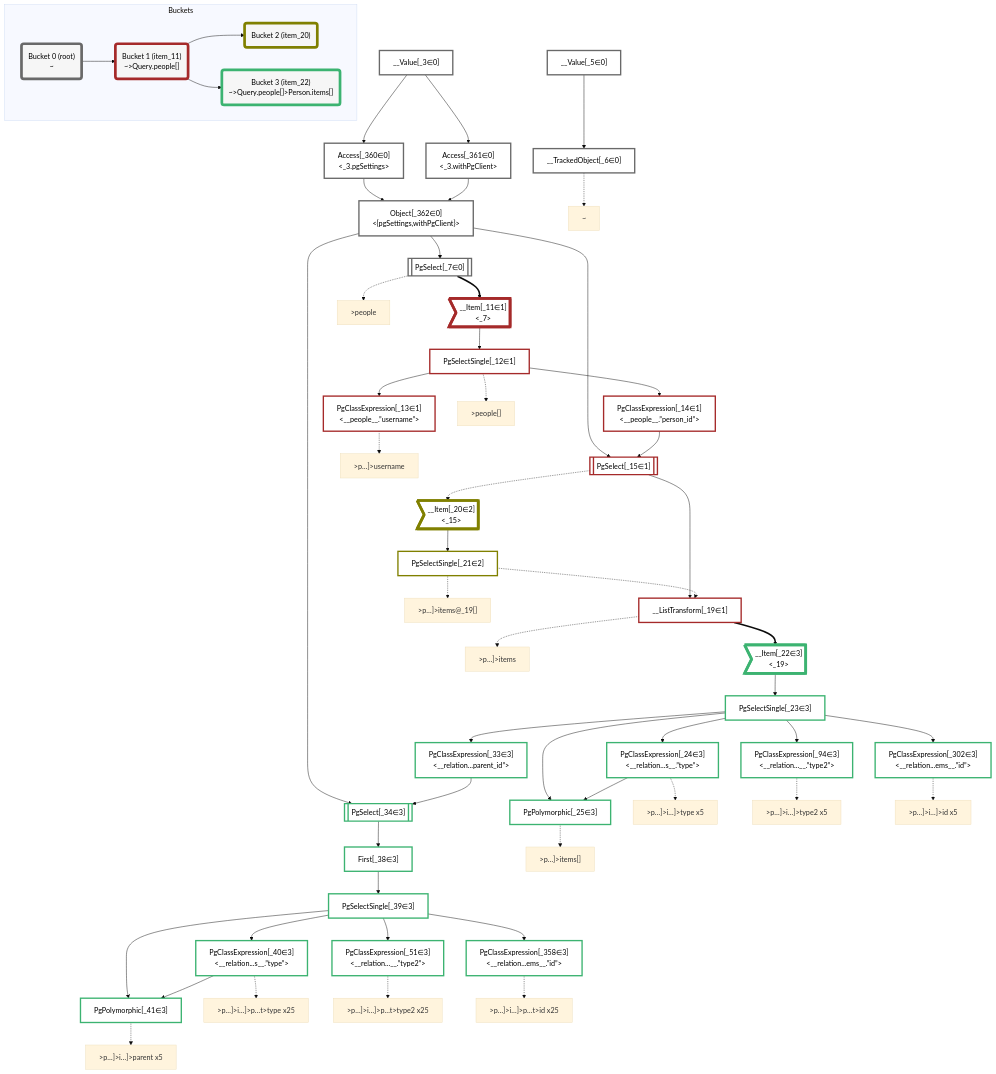
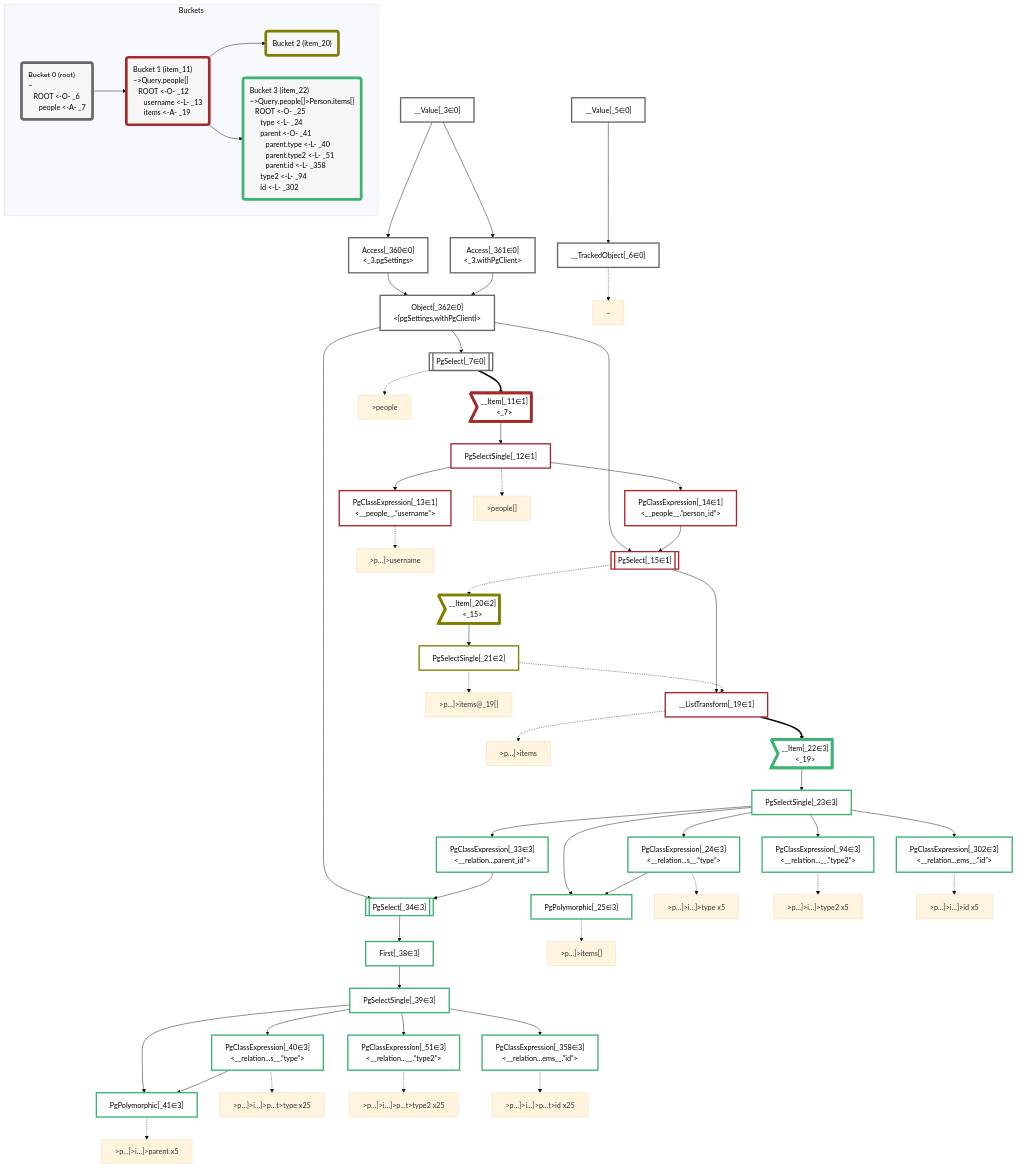
The diagram in packages/dataplan-pg/__tests__/queries/interfaces-relational/nested.deopt.mermaid.md (graphile/crystal), drawn with Mermaid (base theme) before and after one commit. The commit also changed 195 other files, not shown here.

```diff
--- a/packages/dataplan-pg/__tests__/queries/interfaces-relational/nested.deopt.mermaid.md
+++ b/packages/dataplan-pg/__tests__/queries/interfaces-relational/nested.deopt.mermaid.md
@@ -4,7 +4,7 @@
     classDef plan fill:#fff,stroke-width:3px,color:#000
     classDef itemplan fill:#fff,stroke-width:6px,color:#000
     classDef sideeffectplan fill:#f00,stroke-width:6px,color:#000
-    classDef bucket fill:#f6f6f6,color:#000,stroke-width:6px
+    classDef bucket fill:#f6f6f6,color:#000,stroke-width:6px,text-align:left
 
 
     %% define plans
@@ -114,15 +114,15 @@
     class __Item_22,PgSelectSingle_23,PgClassExpression_24,PgPolymorphic_25,PgClassExpression_33,PgSelect_34,First_38,PgSelectSingle_39,PgClassExpression_40,PgPolymorphic_41,PgClassExpression_51,PgClassExpression_94,PgClassExpression_302,PgClassExpression_358 bucket3
 
     subgraph Buckets
-    Bucket0("Bucket 0 (root)<br />~"):::bucket
+    Bucket0("Bucket 0 (root)<br />~<br />⠀ROOT <-O- _6<br />⠀⠀people <-A- _7"):::bucket
     style Bucket0 stroke:#696969
-    Bucket1("Bucket 1 (item_11)<br />~>Query.people[]"):::bucket
+    Bucket1("Bucket 1 (item_11)<br />~>Query.people[]<br />⠀ROOT <-O- _12<br />⠀⠀username <-L- _13<br />⠀⠀items <-A- _19"):::bucket
     style Bucket1 stroke:#a52a2a
     Bucket0 --> Bucket1
     Bucket2("Bucket 2 (item_20)"):::bucket
     style Bucket2 stroke:#808000
     Bucket1 --> Bucket2
-    Bucket3("Bucket 3 (item_22)<br />~>Query.people[]>Person.items[]"):::bucket
+    Bucket3("Bucket 3 (item_22)<br />~>Query.people[]>Person.items[]<br />⠀ROOT <-O- _25<br />⠀⠀type <-L- _24<br />⠀⠀parent <-O- _41<br />⠀⠀⠀parent.type <-L- _40<br />⠀⠀⠀parent.type2 <-L- _51<br />⠀⠀⠀parent.id <-L- _358<br />⠀⠀type2 <-L- _94<br />⠀⠀id <-L- _302"):::bucket
     style Bucket3 stroke:#3cb371
     Bucket1 --> Bucket3
     end
```
